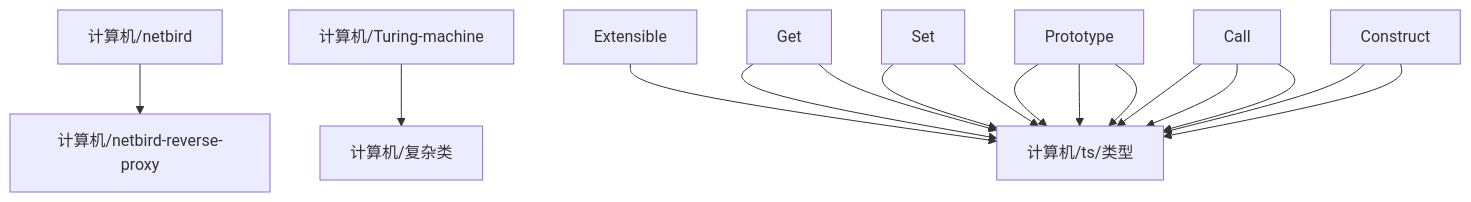
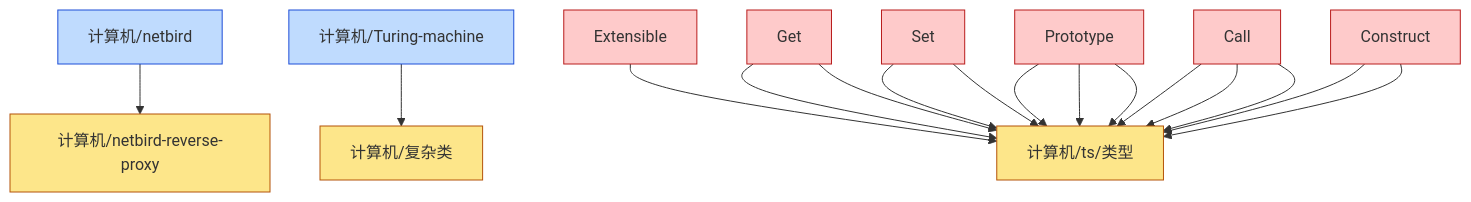
One commit to zeroDtree/zeroDtree.github.io changed the diagram in content/计算机/dependency_graph.md. Above: the diagram before and after it, drawn with Mermaid. The commit also changed 16 other files, not shown here.

````diff
--- a/content/计算机/dependency_graph.md
+++ b/content/计算机/dependency_graph.md
@@ -1,18 +1,24 @@
 ```mermaid
 graph TD
 1["计算机/netbird"] --> 0["计算机/netbird-reverse-proxy"]
 3["计算机/Turing-machine"] --> 2["计算机/复杂类"]
 7["Prototype"] --> 6["计算机/ts/类型"]
 8["Extensible"] --> 6["计算机/ts/类型"]
 9["Get"] --> 6["计算机/ts/类型"]
 10["Set"] --> 6["计算机/ts/类型"]
 9["Get"] --> 6["计算机/ts/类型"]
 10["Set"] --> 6["计算机/ts/类型"]
 11["Call"] --> 6["计算机/ts/类型"]
 12["Construct"] --> 6["计算机/ts/类型"]
 7["Prototype"] --> 6["计算机/ts/类型"]
 11["Call"] --> 6["计算机/ts/类型"]
 11["Call"] --> 6["计算机/ts/类型"]
 12["Construct"] --> 6["计算机/ts/类型"]
 7["Prototype"] --> 6["计算机/ts/类型"]
+classDef leaf fill:#fde68a,stroke:#b45309
+class 0,2,6 leaf
+classDef root fill:#bfdbfe,stroke:#1d4ed8
+class 1,3,4,5,13 root
+classDef externalRoot fill:#fecaca,stroke:#b91c1c
+class 7,8,9,10,11,12 externalRoot
 ```
````
